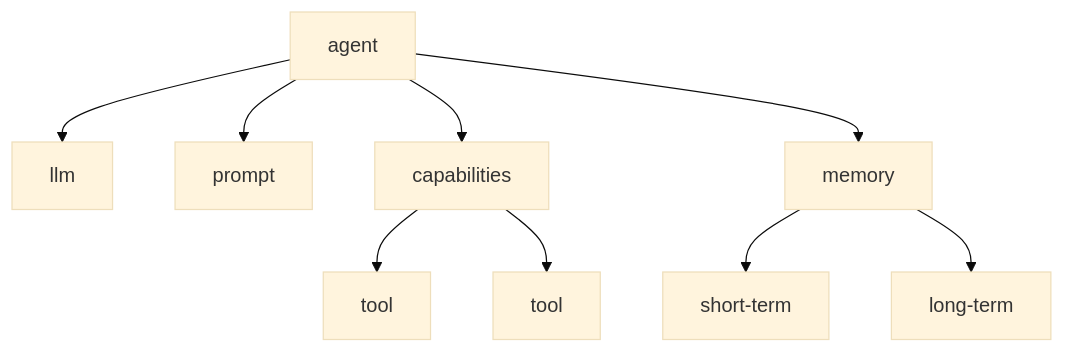
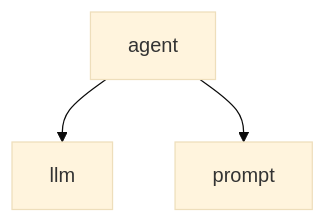
Before and after one commit to Deepractice/DPML: the third of 4 diagrams in packages/agent/docs/agent-design.md, drawn with Mermaid (base theme). The commit also changed other lines of this file, not shown here.

Commit message:
docs(agent-design): 更新代理设计文档，调整能力和行为描述，增强上下文管理和记忆系统的抽象，优化标签定义和示例代码

````diff
--- a/packages/agent/docs/agent-design.md
+++ b/packages/agent/docs/agent-design.md
@@ -166,11 +150,5 @@
 ```mermaid
 graph TD
     Agent[agent] --> LLM[llm]
     Agent --> Prompt[prompt]
-    Agent --> Capabilities[capabilities]
-    Agent --> Memory[memory]
-    Capabilities --> Tool1[tool]
-    Capabilities --> Tool2[tool]
-    Memory --> ShortTerm[short-term]
-    Memory --> LongTerm[long-term]
 ```
````
